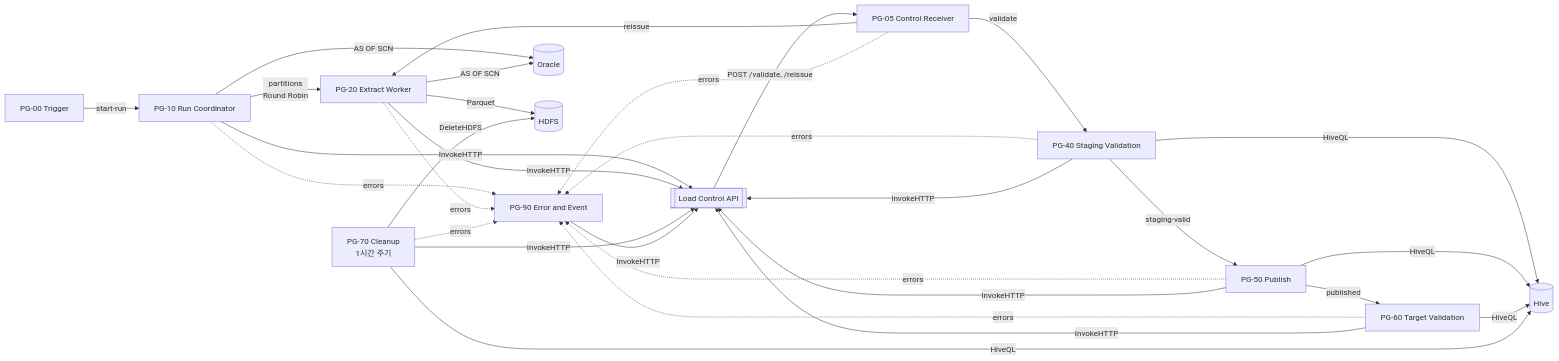
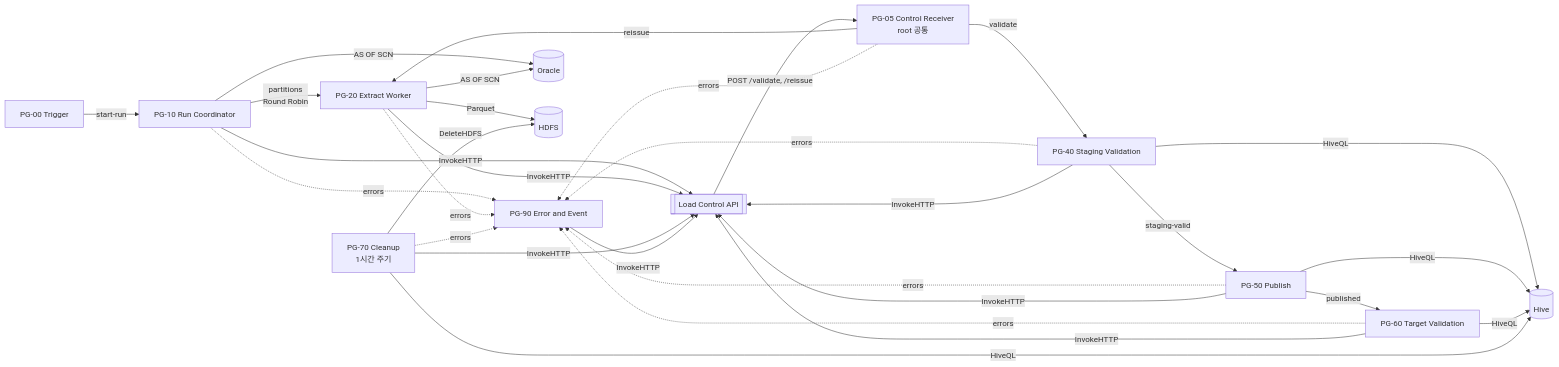
One commit to DataDynamics/nifi-sqoop-removal changed the diagram in poc/V4-MANUAL.md. Above: the diagram before and after it, drawn with Mermaid. The commit also changed other lines of this file and 7 other files, not shown here.

````diff
--- a/poc/V4-MANUAL.md
+++ b/poc/V4-MANUAL.md
@@ -9,17 +9,17 @@
 ```mermaid
 flowchart LR
     T[PG-00 Trigger] -->|start-run| C[PG-10 Run Coordinator]
     C -->|partitions<br/>Round Robin| W[PG-20 Extract Worker]
-    R[PG-05 Control Receiver] -->|validate| S[PG-40 Staging Validation]
+    R[PG-05 Control Receiver<br/>root 공통] -->|validate| S[PG-40 Staging Validation]
     S -->|staging-valid| P[PG-50 Publish]
     P -->|published| V[PG-60 Target Validation]
     R -->|reissue| W
     CL[PG-70 Cleanup<br/>1시간 주기]
     C & W & S & R & P & V & CL -.->|errors| E[PG-90 Error and Event]
     C & W & S & P & V & CL & E -->|InvokeHTTP| API[[Load Control API]]
     API -->|POST /validate, /reissue| R
     C & W -->|AS OF SCN| O[(Oracle)]
     W -->|Parquet| H[(HDFS)]
     S & P & V & CL -->|HiveQL| HV[(Hive)]
     CL -->|DeleteHDFS| H
 ```
````
